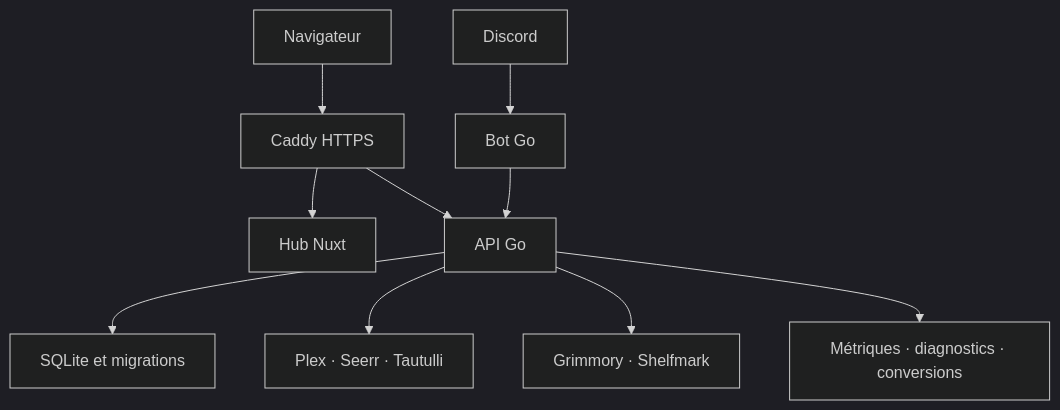
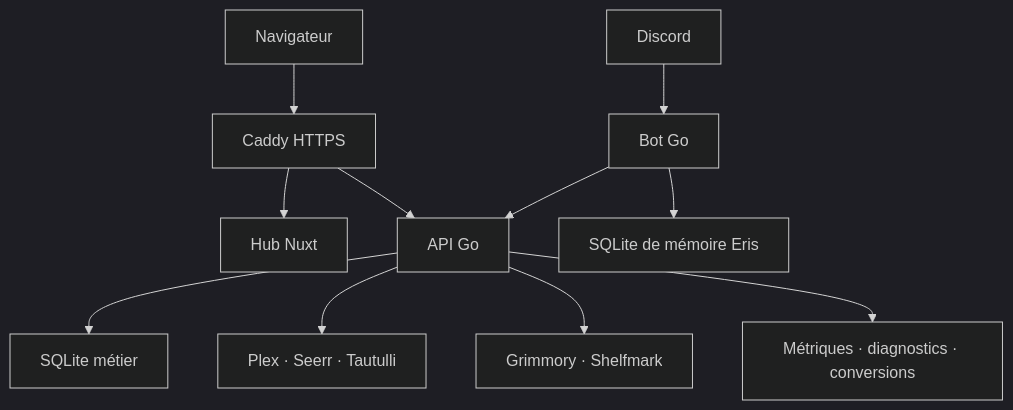
One commit to hloiseau/le-concierge changed the diagram in docs/architecture.md. Above: the diagram before and after it, drawn with Mermaid (dark theme). The commit also changed other lines of this file and 5 other files, not shown here.

````diff
--- a/docs/architecture.md
+++ b/docs/architecture.md
@@ -16,12 +25,13 @@
 ```mermaid
 flowchart TD
     Web["Navigateur"] --> Caddy["Caddy HTTPS"]
     Caddy --> Hub["Hub Nuxt"]
     Caddy --> API["API Go"]
     Discord["Discord"] --> Bot["Bot Go"]
     Bot --> API
-    API --> DB["SQLite et migrations"]
+    API --> DB["SQLite métier"]
+    Bot --> Memory["SQLite de mémoire Eris"]
     API --> Media["Plex · Seerr · Tautulli"]
     API --> Books["Grimmory · Shelfmark"]
     API --> Ops["Métriques · diagnostics · conversions"]
 ```
````
